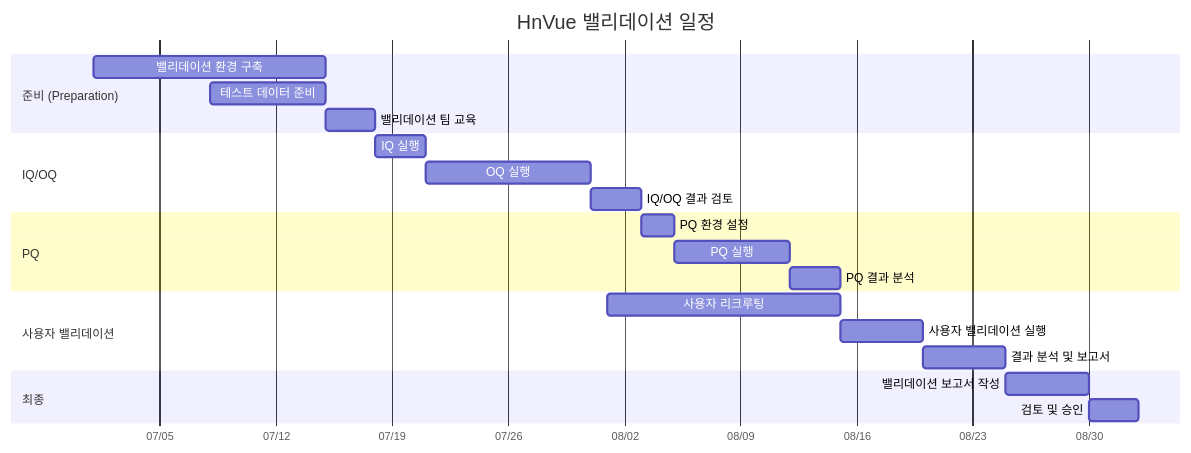
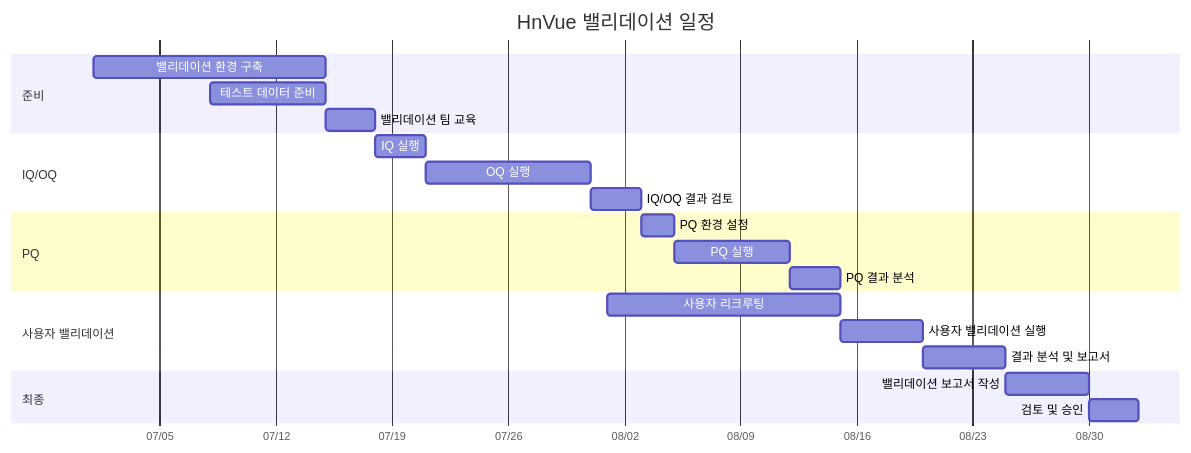
One commit to holee9/console-gui changed the eighth of 8 diagrams in docs/verification/DOC-015_ValidationPlan_v1.0.md. Above: the diagram before and after it, drawn with Mermaid. The commit also changed 10 other files, not shown here.

First line of the commit message:
fix: Gantt 차트 전면 수정 + 버전 불일치 해소

````diff
--- a/docs/verification/DOC-015_ValidationPlan_v1.0.md
+++ b/docs/verification/DOC-015_ValidationPlan_v1.0.md
@@ -518,30 +518,31 @@
 ```mermaid
 gantt
     title HnVue 밸리데이션 일정
     dateFormat  YYYY-MM-DD
     axisFormat  %m/%d
     
-    section 준비 (Preparation)
+    section 준비
     밸리데이션 환경 구축       :v1, 2026-07-01, 14d
     테스트 데이터 준비         :v2, 2026-07-08, 7d
     밸리데이션 팀 교육         :v3, 2026-07-15, 3d
     
     section IQ/OQ
     IQ 실행                   :v4, 2026-07-18, 3d
     OQ 실행                   :v5, 2026-07-21, 10d
     IQ/OQ 결과 검토           :v6, 2026-07-31, 3d
     
     section PQ
     PQ 환경 설정              :v7, 2026-08-03, 2d
     PQ 실행                   :v8, 2026-08-05, 7d
     PQ 결과 분석              :v9, 2026-08-12, 3d
     
     section 사용자 밸리데이션
     사용자 리크루팅            :v10, 2026-08-01, 14d
     사용자 밸리데이션 실행      :v11, 2026-08-15, 5d
     결과 분석 및 보고서         :v12, 2026-08-20, 5d
     
     section 최종
     밸리데이션 보고서 작성      :v13, 2026-08-25, 5d
     검토 및 승인               :v14, 2026-08-30, 3d
+
 ```
````
